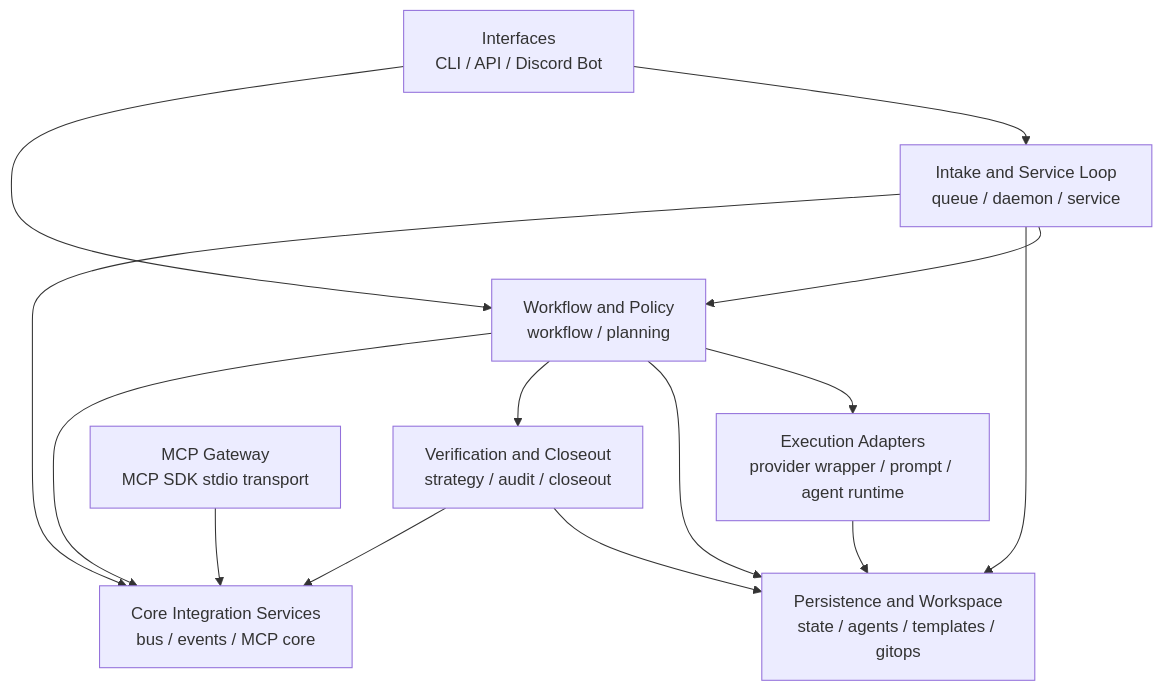
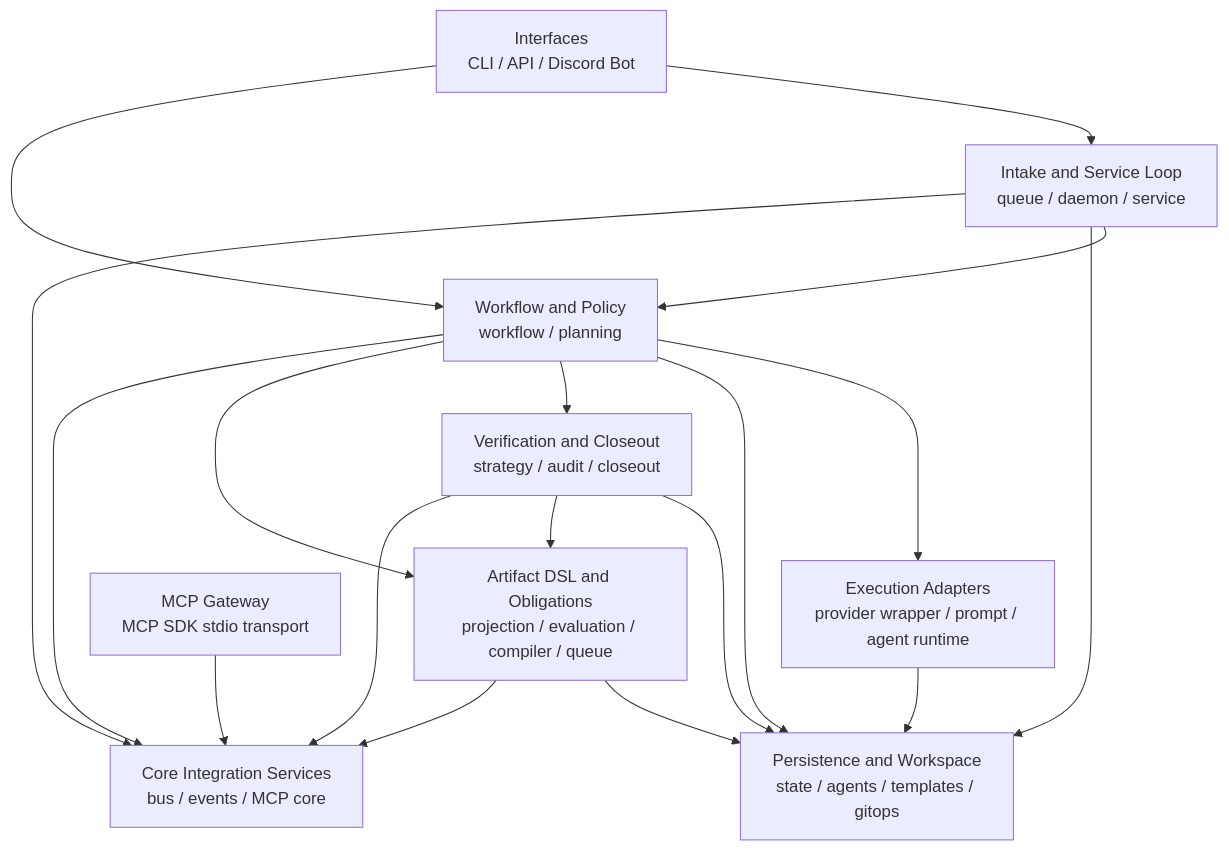
Before and after one commit to jihkang/Sisyphus: the first of 6 diagrams in docs/architecture.md, drawn with Mermaid. The commit also changed other lines of this file and 2 other files, not shown here.

Commit message:
docs: update artifact DSL architecture

````diff
--- a/docs/architecture.md
+++ b/docs/architecture.md
@@ -219,25 +269,30 @@
 ```mermaid
 flowchart TD
     A[Interfaces\nCLI / API / Discord Bot]
     B[Intake and Service Loop\nqueue / daemon / service]
     C[Workflow and Policy\nworkflow / planning]
     D[Execution Adapters\nprovider wrapper / prompt / agent runtime]
     E[Persistence and Workspace\nstate / agents / templates / gitops]
     F[Verification and Closeout\nstrategy / audit / closeout]
+    I[Artifact DSL and Obligations\nprojection / evaluation / compiler / queue]
 
     A --> B
     A --> C
     B --> C
     B --> E
     C --> D
     C --> E
     C --> F
+    C --> I
     D --> E
     F --> E
+    F --> I
+    I --> E
     G[Core Integration Services\nbus / events / MCP core]
     H[MCP Gateway\nMCP SDK stdio transport]
     B --> G
     C --> G
     F --> G
+    I --> G
     H --> G
 ```
````
